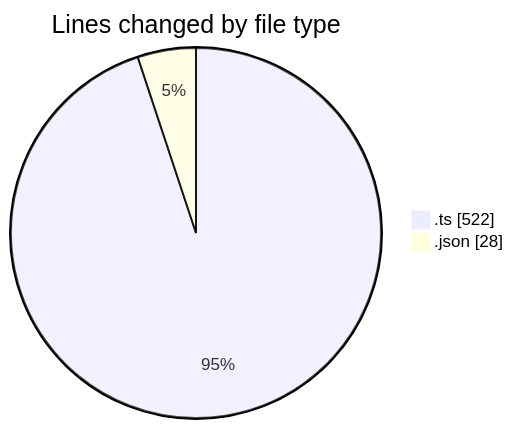
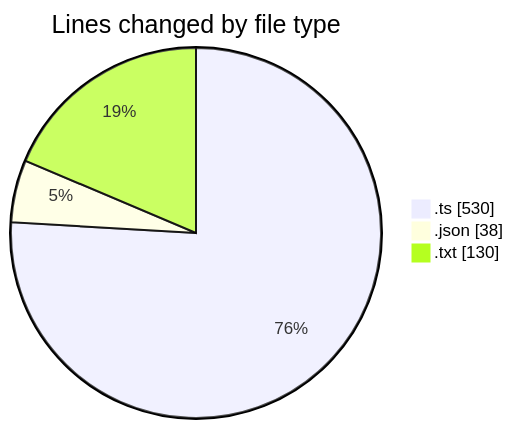
Before and after one commit to EIIisD/code-tracking: the first of 2 diagrams in 2025-07-21/vtuber/README.md, drawn with Mermaid. The commit also changed other lines of this file and 1 other file, not shown here.

````diff
--- a/2025-07-21/vtuber/README.md
+++ b/2025-07-21/vtuber/README.md
@@ -21,6 +23,7 @@
 ```mermaid
 pie showData
 title Lines changed by file type
-".ts" : 522
-".json" : 28
+".ts" : 530
+".json" : 38
+".txt" : 130
 ```
````
